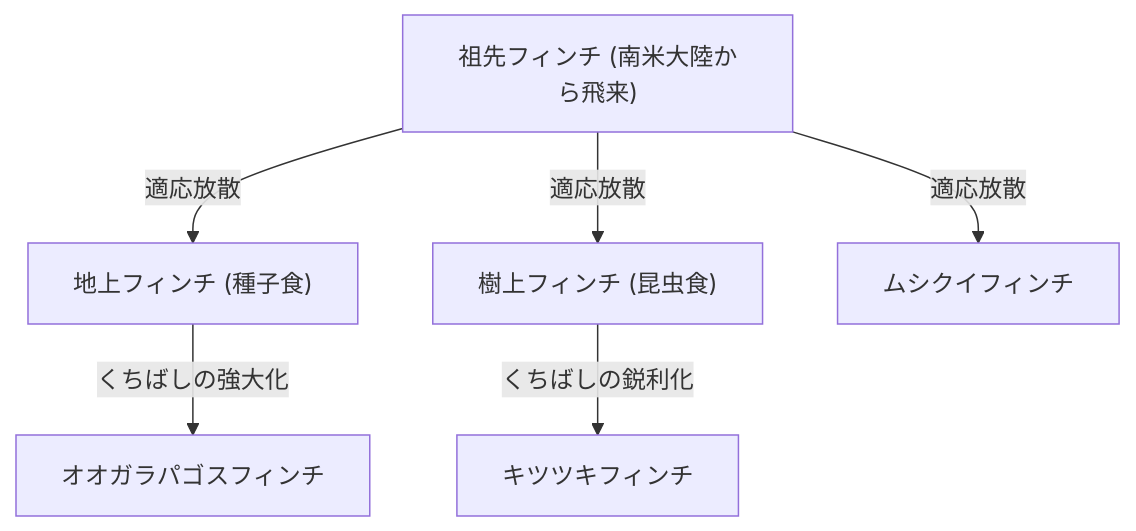
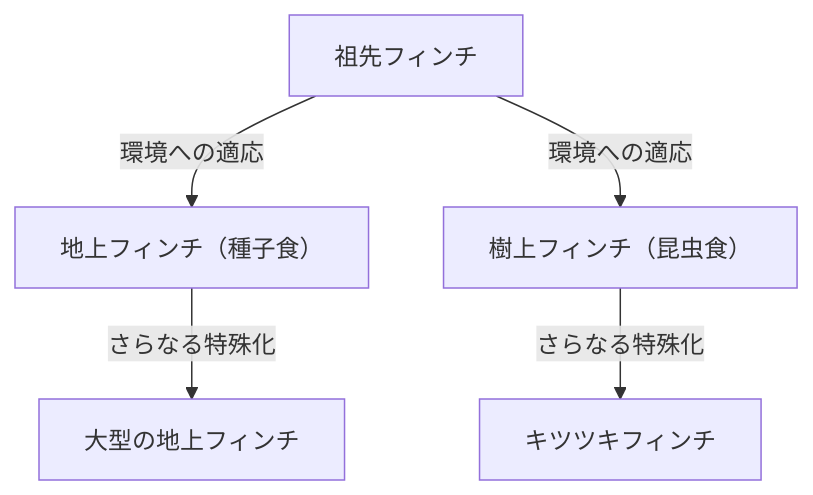
One commit to kenjinote/blog changed the diagram in content/post/darwins-theory-of-evolution/index.md. Above: the diagram before and after it, drawn with Mermaid. The commit also changed other lines of this file and 129 other files, not shown here.

````diff
--- a/content/post/darwins-theory-of-evolution/index.md
+++ b/content/post/darwins-theory-of-evolution/index.md
@@ -25,9 +27,7 @@
 ```mermaid
 graph TD
-    A["祖先フィンチ (南米大陸から飛来)"]
-    A -- "適応放散" --> B["地上フィンチ (種子食)"]
-    A -- "適応放散" --> C["樹上フィンチ (昆虫食)"]
-    A -- "適応放散" --> D["ムシクイフィンチ"]
-    B -- "くちばしの強大化" --> B1["オオガラパゴスフィンチ"]
-    C -- "くちばしの鋭利化" --> C1["キツツキフィンチ"]
+    A["祖先フィンチ"] -- "環境への適応" --> B["地上フィンチ（種子食）"]
+    A["祖先フィンチ"] -- "環境への適応" --> C["樹上フィンチ（昆虫食）"]
+    B["地上フィンチ（種子食）"] -- "さらなる特殊化" --> D["大型の地上フィンチ"]
+    C["樹上フィンチ（昆虫食）"] -- "さらなる特殊化" --> E["キツツキフィンチ"]
 ```
````
